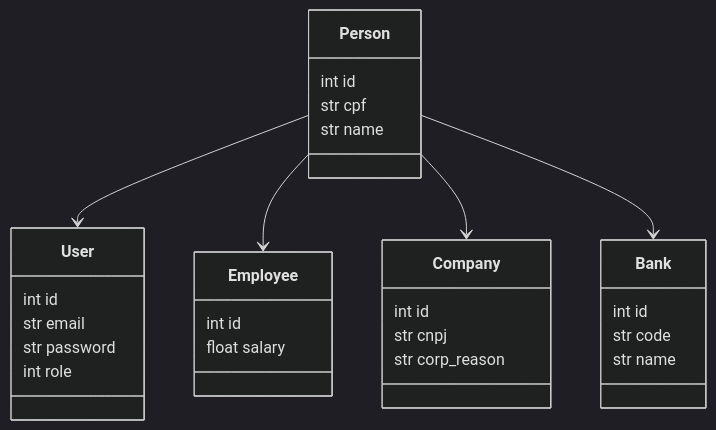
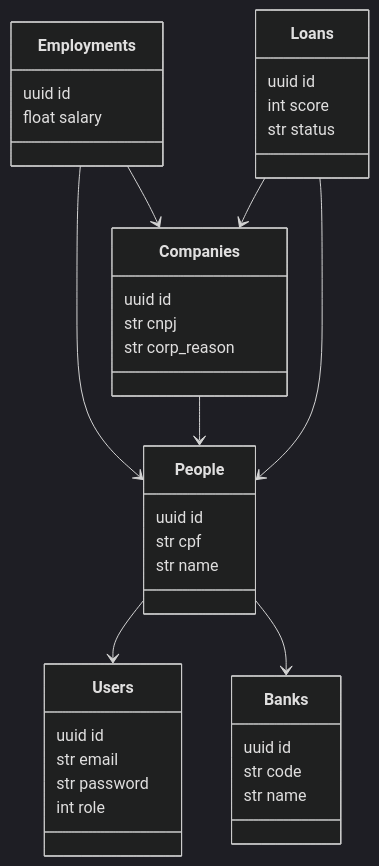
The diagram in README.md (artphil/auto_credit), drawn with Mermaid (dark theme) before and after one commit.

Commit message:
doc update relationships

````diff
--- a/README.md
+++ b/README.md
@@ -39,22 +39,29 @@
 ```mermaid
 classDiagram
-Person: int id
-Person: str cpf
-Person: str name
-User: int id
-User: str email
-User: str password
-User: int role
-Company: int id
-Company: str cnpj
-Company: str corp_reason
-Employee: int id
-Employee: float salary
-Bank: int id
-Bank: str code
-Bank: str name
-Person --> User
-Person --> Employee
-Person --> Company
-Person --> Bank
+People: uuid id
+People: str cpf
+People: str name
+Users: uuid id
+Users: str email
+Users: str password
+Users: int role
+Companies: uuid id
+Companies: str cnpj
+Companies: str corp_reason
+Employments: uuid id
+Employments: float salary
+Banks: uuid id
+Banks: str code
+Banks: str name
+Loans: uuid id
+Loans: int score
+Loans: str status
+
+People --> Users
+Employments --> People
+Employments --> Companies
+Companies --> People
+People --> Banks
+Loans --> People
+Loans --> Companies
 ```
````
